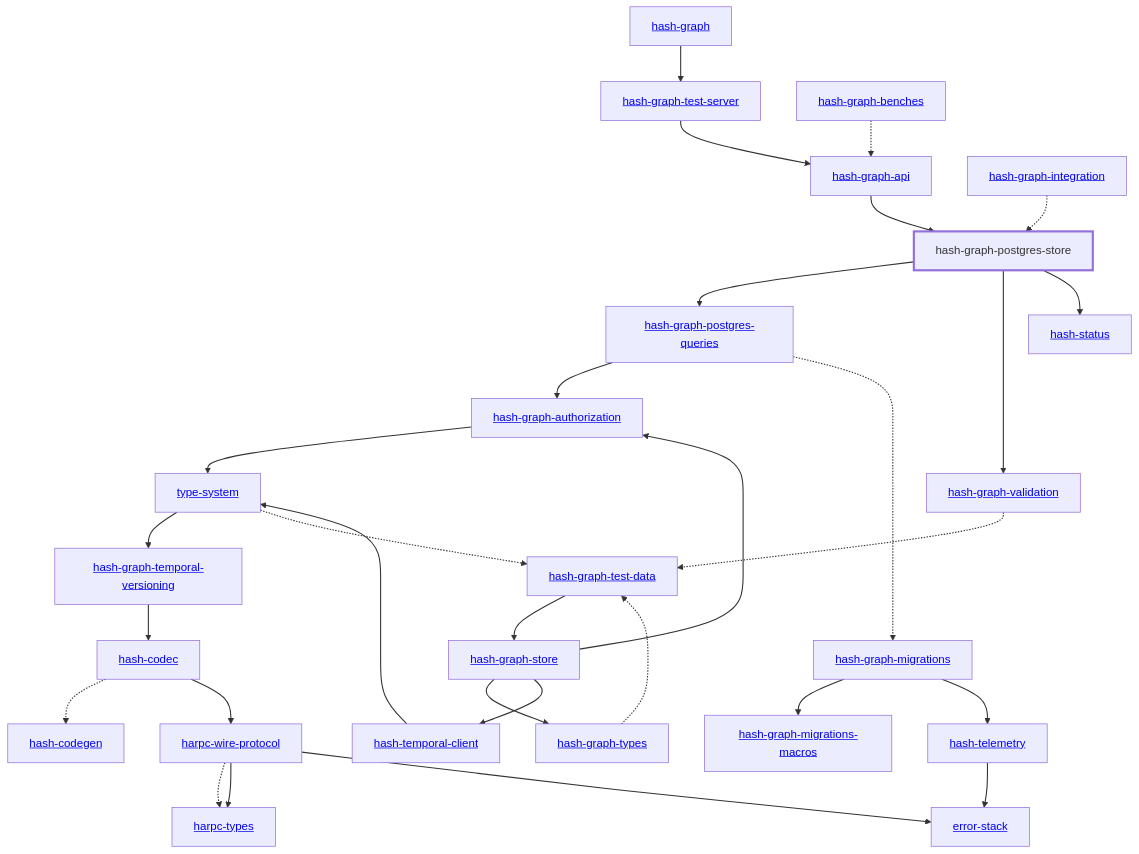
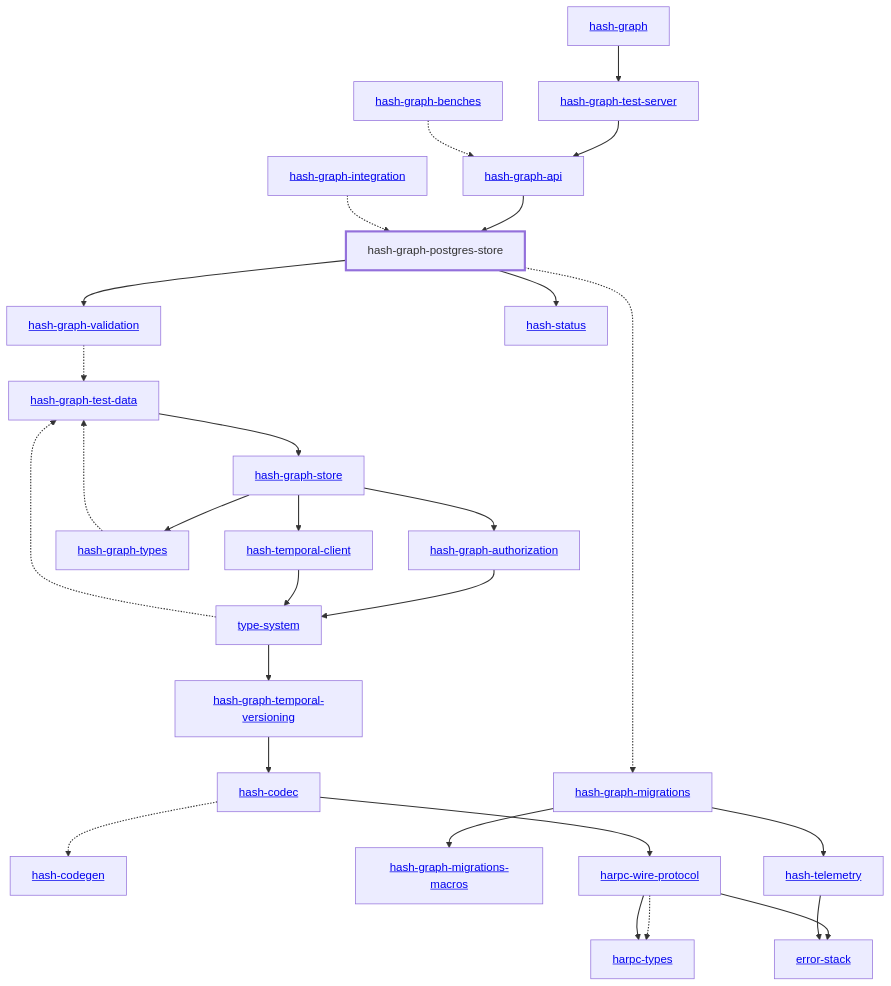
Before and after one commit to hashintel/hash: the diagram in libs/@local/graph/postgres-store/docs/dependency-diagram.mmd, drawn with Mermaid. The commit also changed 52 other files, not shown here.

```diff
--- a/libs/@local/graph/postgres-store/docs/dependency-diagram.mmd
+++ b/libs/@local/graph/postgres-store/docs/dependency-diagram.mmd
@@ -1,64 +1,61 @@
 graph TD
     linkStyle default stroke-width:1.5px
     classDef default stroke-width:1px
     classDef root stroke-width:3px
     classDef dev stroke-width:1px
     classDef build stroke-width:1px
     %% Legend
     %% --> : Normal dependency
     %% -.-> : Dev dependency
     %% ---> : Build dependency
     0[<a href="../hash_graph/index.html">hash-graph</a>]
     1[<a href="../type_system/index.html">type-system</a>]
     2[<a href="../hash_codec/index.html">hash-codec</a>]
     3[<a href="../hash_codegen/index.html">hash-codegen</a>]
     4[<a href="../hash_graph_api/index.html">hash-graph-api</a>]
     5[<a href="../hash_graph_authorization/index.html">hash-graph-authorization</a>]
     6[<a href="../hash_graph_migrations/index.html">hash-graph-migrations</a>]
     7[<a href="../hash_graph_migrations_macros/index.html">hash-graph-migrations-macros</a>]
-    8[<a href="../hash_graph_postgres_queries/index.html">hash-graph-postgres-queries</a>]
-    9[hash-graph-postgres-store]
-    class 9 root
-    10[<a href="../hash_graph_store/index.html">hash-graph-store</a>]
-    11[<a href="../hash_graph_temporal_versioning/index.html">hash-graph-temporal-versioning</a>]
-    12[<a href="../hash_graph_test_server/index.html">hash-graph-test-server</a>]
-    13[<a href="../hash_graph_types/index.html">hash-graph-types</a>]
-    14[<a href="../hash_graph_validation/index.html">hash-graph-validation</a>]
-    15[<a href="../harpc_types/index.html">harpc-types</a>]
-    16[<a href="../harpc_wire_protocol/index.html">harpc-wire-protocol</a>]
-    17[<a href="../hash_status/index.html">hash-status</a>]
-    18[<a href="../hash_telemetry/index.html">hash-telemetry</a>]
-    19[<a href="../hash_temporal_client/index.html">hash-temporal-client</a>]
-    20[<a href="../error_stack/index.html">error-stack</a>]
-    21[<a href="../hash_graph_benches/index.html">hash-graph-benches</a>]
-    22[<a href="../hash_graph_integration/index.html">hash-graph-integration</a>]
-    23[<a href="../hash_graph_test_data/index.html">hash-graph-test-data</a>]
-    0 --> 12
-    1 --> 11
-    1 -.-> 23
+    8[hash-graph-postgres-store]
+    class 8 root
+    9[<a href="../hash_graph_store/index.html">hash-graph-store</a>]
+    10[<a href="../hash_graph_temporal_versioning/index.html">hash-graph-temporal-versioning</a>]
+    11[<a href="../hash_graph_test_server/index.html">hash-graph-test-server</a>]
+    12[<a href="../hash_graph_types/index.html">hash-graph-types</a>]
+    13[<a href="../hash_graph_validation/index.html">hash-graph-validation</a>]
+    14[<a href="../harpc_types/index.html">harpc-types</a>]
+    15[<a href="../harpc_wire_protocol/index.html">harpc-wire-protocol</a>]
+    16[<a href="../hash_status/index.html">hash-status</a>]
+    17[<a href="../hash_telemetry/index.html">hash-telemetry</a>]
+    18[<a href="../hash_temporal_client/index.html">hash-temporal-client</a>]
+    19[<a href="../error_stack/index.html">error-stack</a>]
+    20[<a href="../hash_graph_benches/index.html">hash-graph-benches</a>]
+    21[<a href="../hash_graph_integration/index.html">hash-graph-integration</a>]
+    22[<a href="../hash_graph_test_data/index.html">hash-graph-test-data</a>]
+    0 --> 11
+    1 --> 10
+    1 -.-> 22
     2 -.-> 3
-    2 --> 16
-    4 --> 9
+    2 --> 15
+    4 --> 8
     5 --> 1
     6 --> 7
-    6 --> 18
-    8 --> 5
+    6 --> 17
     8 -.-> 6
-    9 --> 8
-    9 --> 14
-    9 --> 17
-    10 --> 5
-    10 --> 13
-    10 --> 19
-    11 --> 2
-    12 --> 4
-    13 -.-> 23
-    14 -.-> 23
-    16 -.-> 15
-    16 --> 15
-    16 --> 20
-    18 --> 20
-    19 --> 1
-    21 -.-> 4
-    22 -.-> 9
-    23 --> 10
+    8 --> 13
+    8 --> 16
+    9 --> 5
+    9 --> 12
+    9 --> 18
+    10 --> 2
+    11 --> 4
+    12 -.-> 22
+    13 -.-> 22
+    15 -.-> 14
+    15 --> 14
+    15 --> 19
+    17 --> 19
+    18 --> 1
+    20 -.-> 4
+    21 -.-> 8
+    22 --> 9
```
